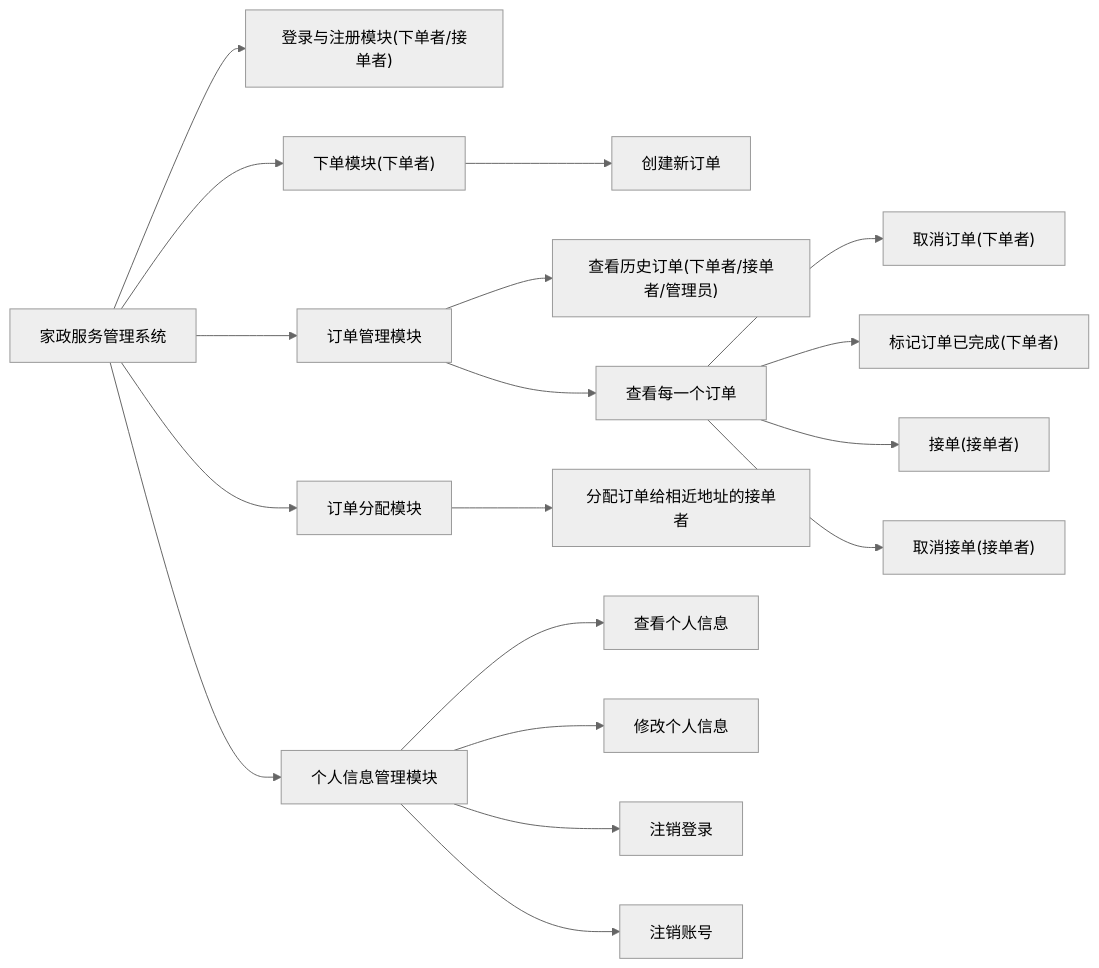
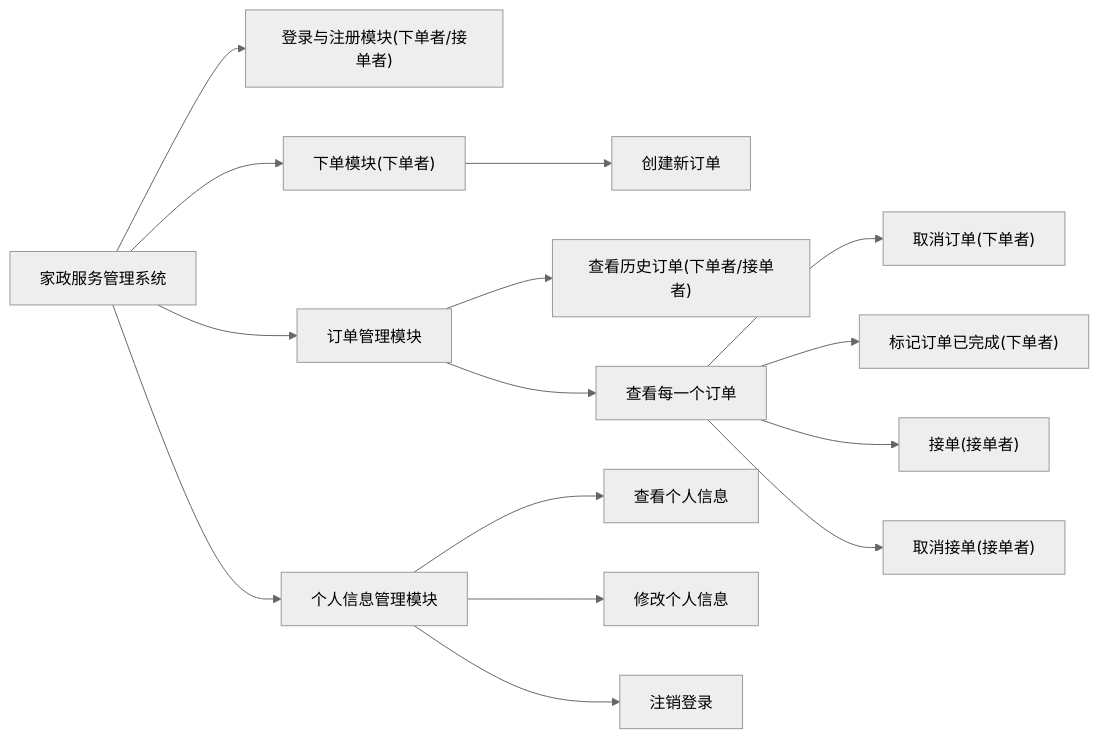
The diagram in source/_posts/实用系列/囧.md (ruofancooh/blog-source), drawn with Mermaid before and after one commit. The commit also changed other lines of this file and 1 other file, not shown here.

````diff
--- a/source/_posts/实用系列/囧.md
+++ b/source/_posts/实用系列/囧.md
@@ -43,15 +34,14 @@
 ```mermaid
 %%{
     init: {
 	    "theme": "neutral",
 	    "fontFamily": "Times New Roman"
     }
 }%%
 flowchart LR
     J[家政服务管理系统]-->D["登录与注册模块(下单者/接单者)"]
     J-->X["下单模块(下单者)"]-->创建新订单
-    J-->L["订单管理模块"]-->VV["查看历史订单(下单者/接单者/管理员)"] & V[查看每一个订单]
+    J-->L["订单管理模块"]-->VV["查看历史订单(下单者/接单者)"] & V[查看每一个订单]
     V-->Q["取消订单(下单者)"] & QQ["标记订单已完成(下单者)"] & QQQ["接单(接单者)"] & QQQQ["取消接单(接单者)"]
-    J-->F[订单分配模块]-->分配订单给相近地址的接单者
-    J-->G[个人信息管理模块]-->查看个人信息 & 修改个人信息 & 注销登录 & 注销账号
+    J-->G[个人信息管理模块]-->查看个人信息 & 修改个人信息 & 注销登录
 ```
````
